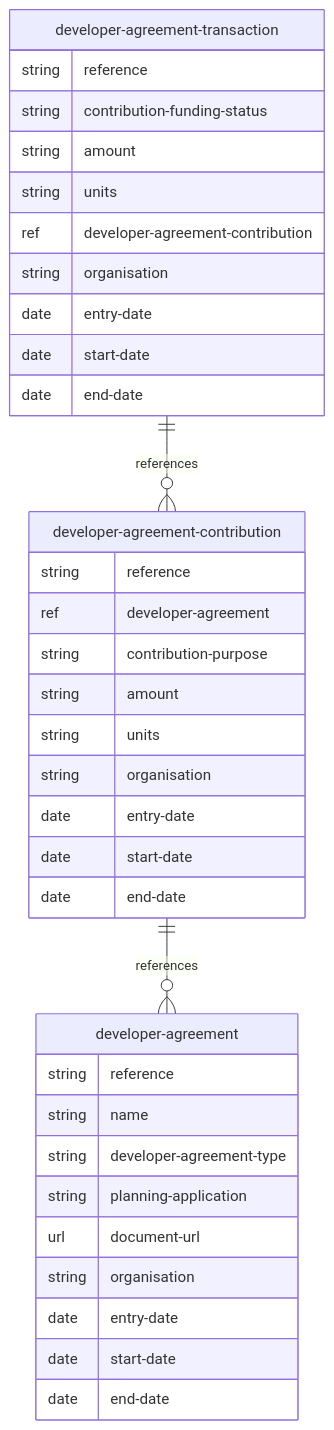
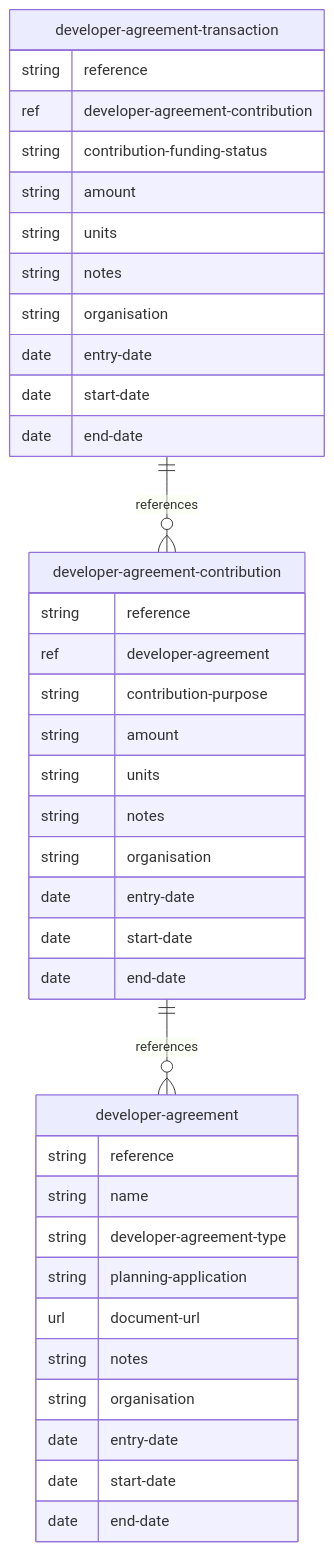
Before and after one commit to digital-land/specification: the diagram in mermaid/developer-contributions.md, drawn with Mermaid. The commit also changed 21 other files, not shown here.

````diff
--- a/mermaid/developer-contributions.md
+++ b/mermaid/developer-contributions.md
@@ -4,38 +4,41 @@
 ```mermaid
 erDiagram
     developer-agreement {
         string reference
         string name
         string developer-agreement-type
         string planning-application
         url document-url
+        string notes
         string organisation
         date entry-date
         date start-date
         date end-date
     }
     developer-agreement-contribution {
         string reference
         ref developer-agreement
         string contribution-purpose
         string amount
         string units
+        string notes
         string organisation
         date entry-date
         date start-date
         date end-date
     }
     developer-agreement-transaction {
         string reference
+        ref developer-agreement-contribution
         string contribution-funding-status
         string amount
         string units
-        ref developer-agreement-contribution
+        string notes
         string organisation
         date entry-date
         date start-date
         date end-date
     }
     developer-agreement-contribution ||--o{ developer-agreement : references
     developer-agreement-transaction ||--o{ developer-agreement-contribution : references
 ```
````
